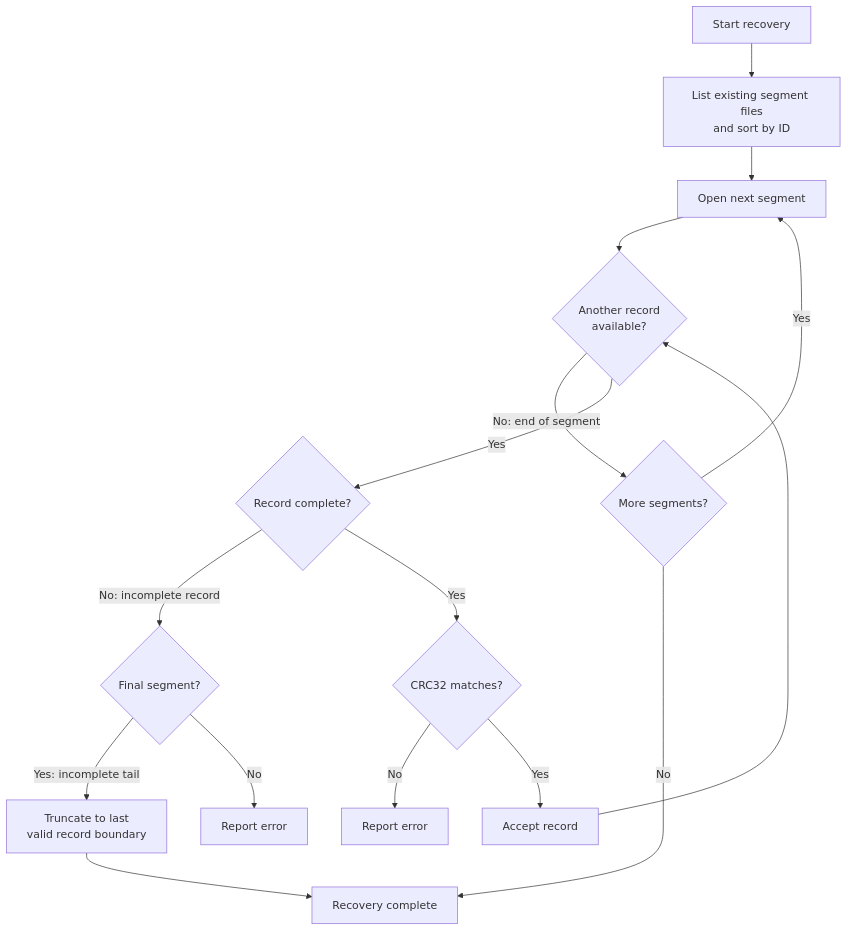
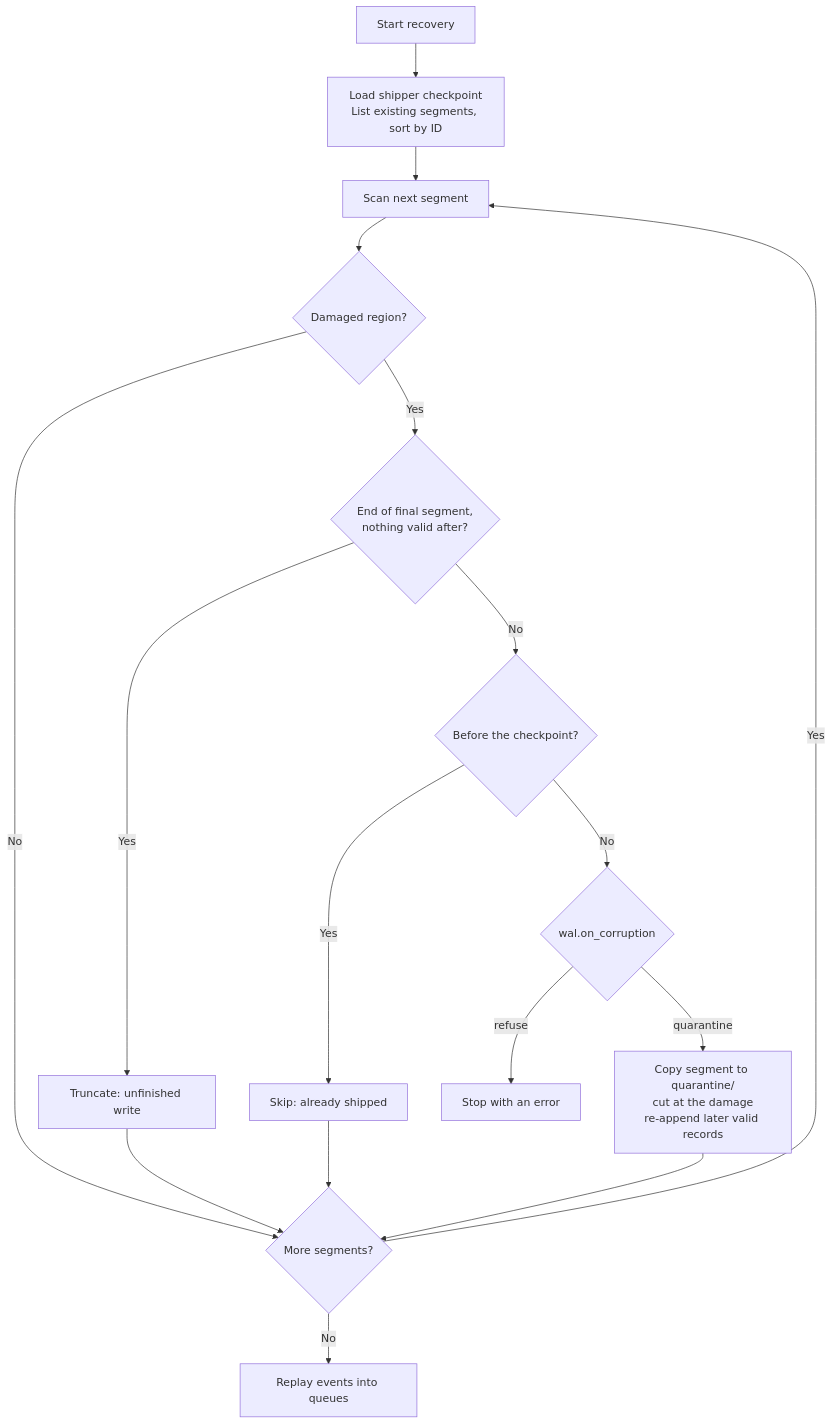
Before and after one commit to PratyushVishal11011/Fairgate: the third of 3 diagrams in docs/wal.md, drawn with Mermaid. The commit also changed other lines of this file and 32 other files, not shown here.

Commit message:
Fix a bug with WAL append and sync

````diff
--- a/docs/wal.md
+++ b/docs/wal.md
@@ -87,18 +124,19 @@
 ```mermaid
 flowchart TD
-    A["Start recovery"] --> B["List existing segment files<br/>and sort by ID"]
-    B --> B2["Open next segment"]
-    B2 --> C{"Another record<br/>available?"}
-    C -->|"No: end of segment"| L{"More segments?"}
-    L -->|"Yes"| B2
-    L -->|"No"| H["Recovery complete"]
-    C -->|"Yes"| D{"Record complete?"}
-    D -->|"No: incomplete record"| FS{"Final segment?"}
-    FS -->|"Yes: incomplete tail"| E["Truncate to last<br/>valid record boundary"]
-    E --> H
-    FS -->|"No"| G2["Report error"]
-    D -->|"Yes"| F{"CRC32 matches?"}
-    F -->|"No"| G["Report error"]
-    F -->|"Yes"| I["Accept record"]
-    I --> C
+    A["Start recovery"] --> B["Load shipper checkpoint<br/>List existing segments, sort by ID"]
+    B --> C["Scan next segment"]
+    C --> D{"Damaged region?"}
+    D -->|"No"| L{"More segments?"}
+    D -->|"Yes"| T{"End of final segment,<br/>nothing valid after?"}
+    T -->|"Yes"| E["Truncate: unfinished write"]
+    T -->|"No"| S{"Before the checkpoint?"}
+    S -->|"Yes"| K["Skip: already shipped"]
+    S -->|"No"| P{"wal.on_corruption"}
+    P -->|"refuse"| G["Stop with an error"]
+    P -->|"quarantine"| Q["Copy segment to quarantine/<br/>cut at the damage<br/>re-append later valid records"]
+    E --> L
+    K --> L
+    Q --> L
+    L -->|"Yes"| C
+    L -->|"No"| H["Replay events into queues"]
 ```
````
